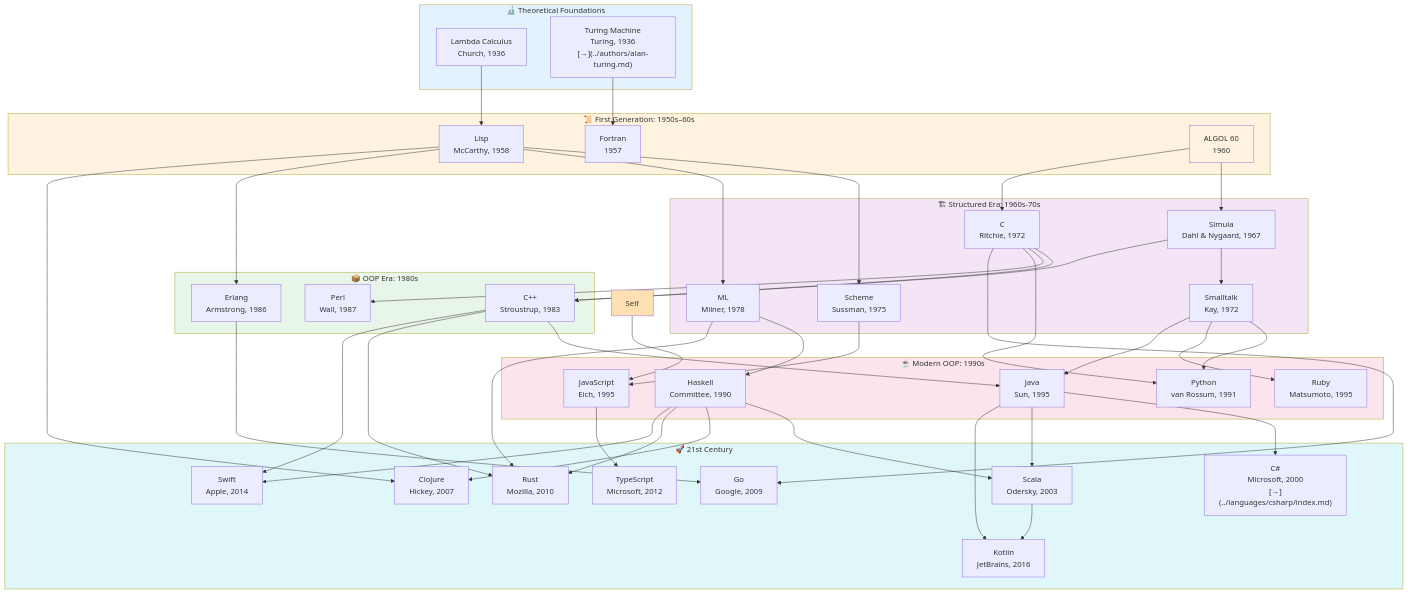
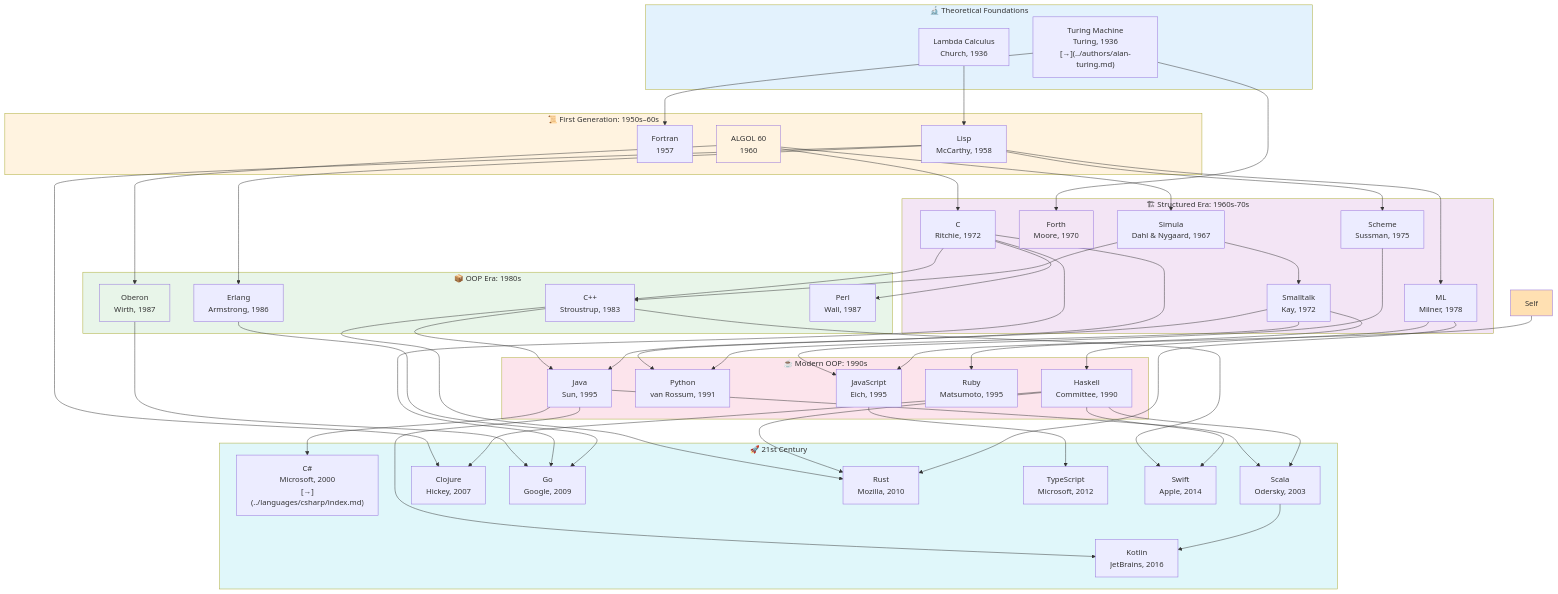
Before and after one commit to akardapolov/software-atlas: the first of 6 diagrams in docs/maps/languages-genealogy.md, drawn with Mermaid. The commit also changed other lines of this file and 22 other files, not shown here.

````diff
--- a/docs/maps/languages-genealogy.md
+++ b/docs/maps/languages-genealogy.md
@@ -19,6 +19,7 @@
 
     subgraph Structured["🏗 Structured Era: 1960s-70s"]
         Simula["Simula<br/>Dahl & Nygaard, 1967"]
+        Forth["Forth<br/>Moore, 1970"]
         C["C<br/>Ritchie, 1972"]
         Smalltalk["Smalltalk<br/>Kay, 1972"]
         ML["ML<br/>Milner, 1978"]
@@ -26,6 +27,7 @@
     end
 
     subgraph OOPEra["📦 OOP Era: 1980s"]
+        Oberon["Oberon<br/>Wirth, 1987"]
         Cpp["C++<br/>Stroustrup, 1983"]
         Erlang["Erlang<br/>Armstrong, 1986"]
         Perl["Perl<br/>Wall, 1987"]
@@ -60,6 +62,7 @@
     Lisp --> Scheme
     Lisp --> ML
     Simula --> Smalltalk
+    Turing --> Forth
 
     %% Structured → OOP Era
     C --> Cpp
@@ -67,6 +70,8 @@
     Lisp --> Erlang
     C --> Perl
     ML --> Haskell
+    Algol --> Oberon
+    Oberon --> Go
 
     %% OOP Era → Modern OOP
     C --> Python
@@ -102,4 +107,6 @@
     style TwentyFirst fill:#e0f7fa
     style Algol fill:#fff3e0
     style Self fill:#ffe0b2
+    style Forth fill:#f3e5f5
+    style Oberon fill:#e8f5e9
 ```
````
